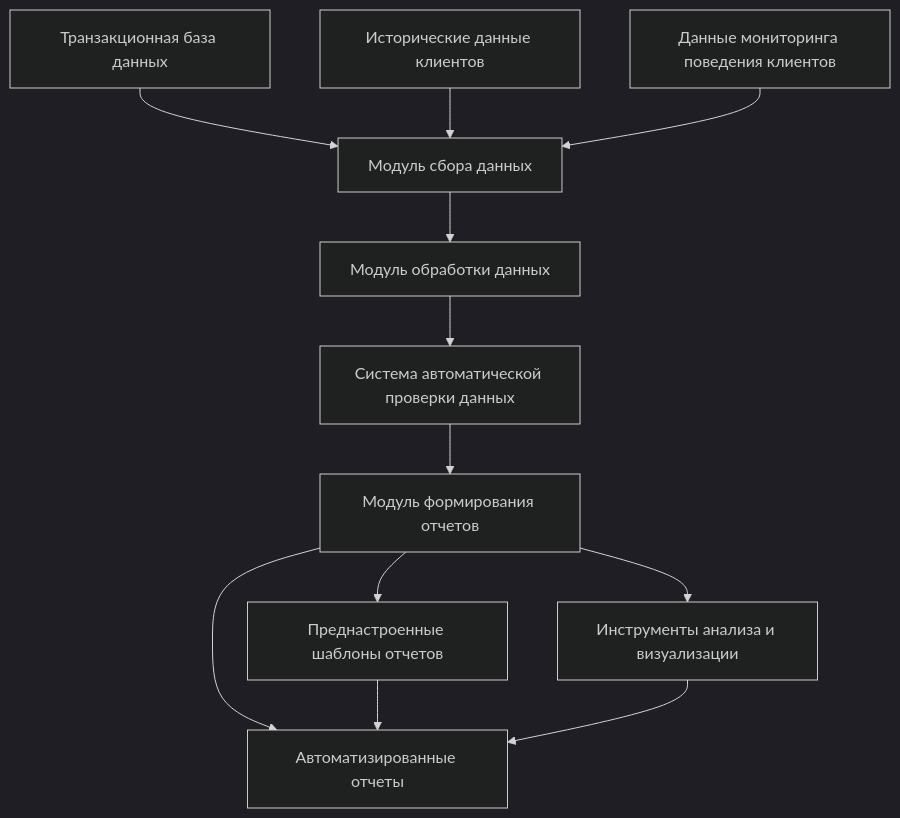
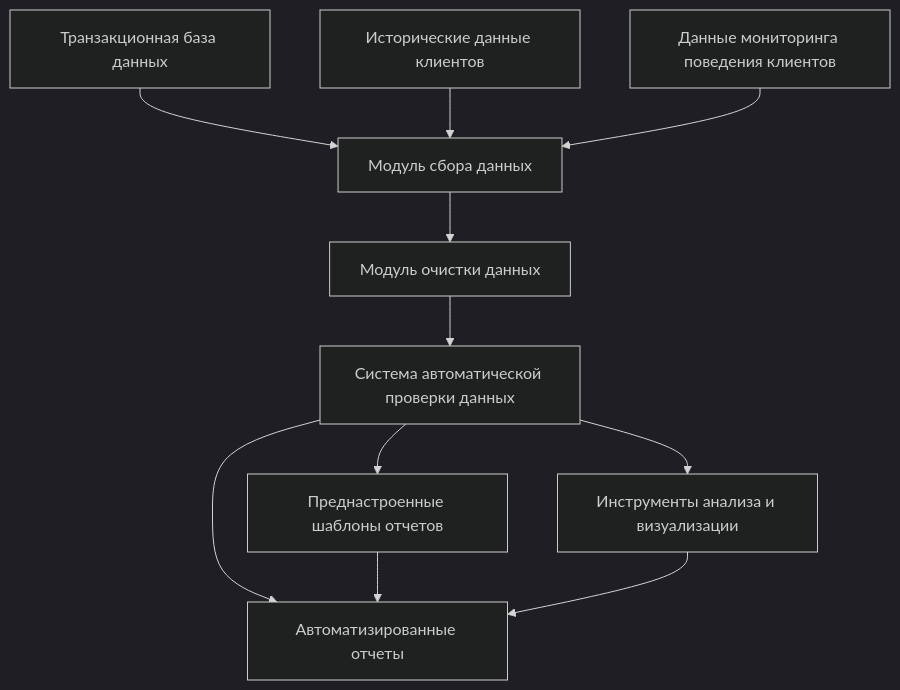
Before and after one commit to Skargik/gx-adr-template: the diagram in aml/adr-3.mermaid, drawn with Mermaid (dark theme). The commit also changed 4 other files, not shown here.

```diff
--- a/aml/adr-3.mermaid
+++ b/aml/adr-3.mermaid
@@ -1,14 +1,13 @@
 graph TD
     A[Транзакционная база данных] --> B[Модуль сбора данных]
     C[Исторические данные клиентов] --> B
     D[Данные мониторинга поведения клиентов] --> B
 
-    B --> E[Модуль обработки данных]
-    E --> F[Система автоматической проверки данных]
-    F --> G[Модуль формирования отчетов]
+    B --> E[Модуль очистки данных]
+    E --> G[Система автоматической проверки данных]
     G --> H[Преднастроенные шаблоны отчетов]
     G --> I[Инструменты анализа и визуализации]
     G --> J[Автоматизированные отчеты]
 
     H --> J
     I --> J
```
